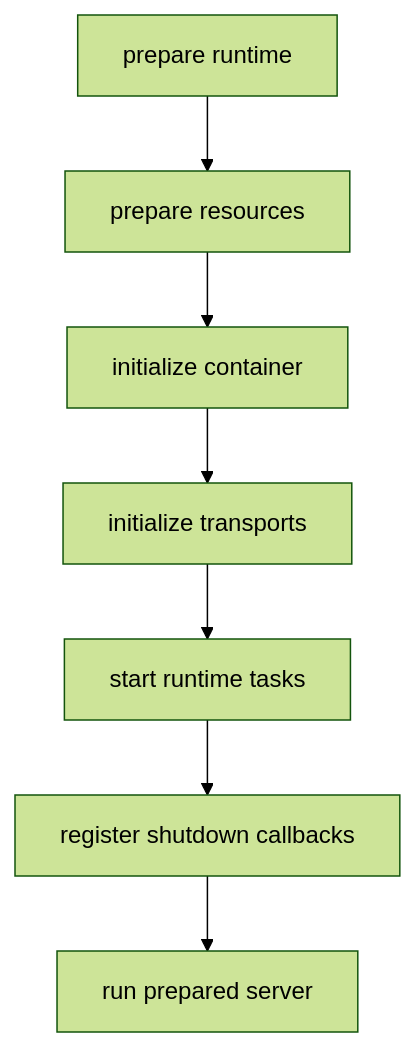
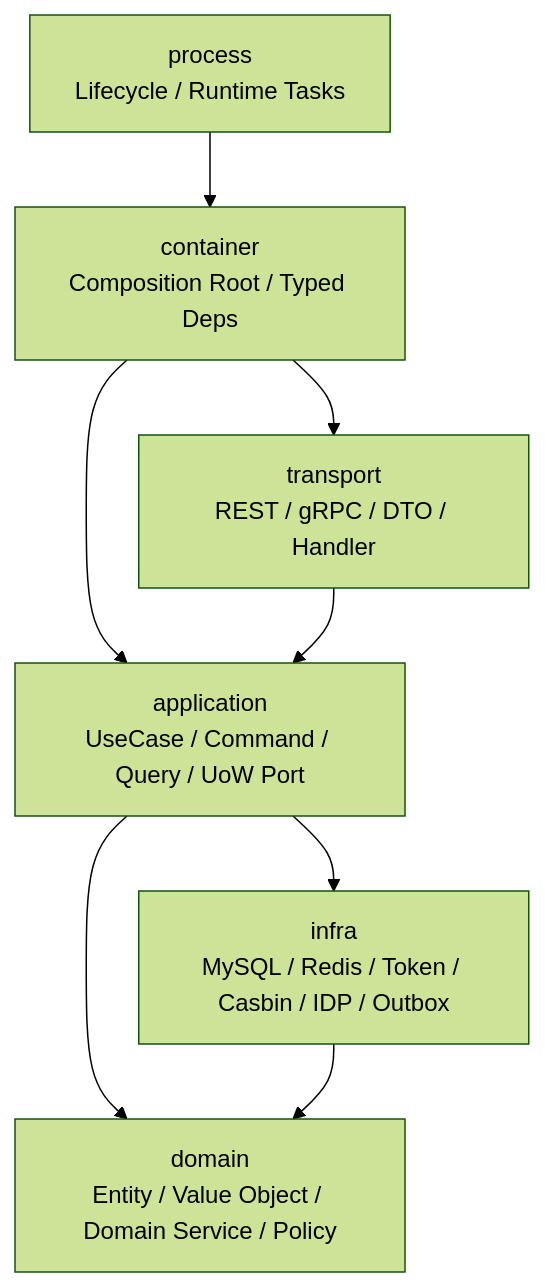
The third of 9 diagrams in docs/00-概览/01-系统架构总览.md (FangcunMount/iam), drawn with Mermaid (forest theme) before and after one commit. The commit also changed other lines of this file and 4 other files, not shown here.

````diff
--- a/docs/00-概览/01-系统架构总览.md
+++ b/docs/00-概览/01-系统架构总览.md
@@ -180,17 +228,17 @@
 ```mermaid
 flowchart TD
-    Runtime["prepare runtime"]
-    Resources["prepare resources"]
-    Container["initialize container"]
-    Transport["initialize transports"]
-    Tasks["start runtime tasks"]
-    Shutdown["register shutdown callbacks"]
-    Run["run prepared server"]
+    Process["process<br/>Lifecycle / Runtime Tasks"]
+    Container["container<br/>Composition Root / Typed Deps"]
+    Transport["transport<br/>REST / gRPC / DTO / Handler"]
+    Application["application<br/>UseCase / Command / Query / UoW Port"]
+    Domain["domain<br/>Entity / Value Object / Domain Service / Policy"]
+    Infra["infra<br/>MySQL / Redis / Token / Casbin / IDP / Outbox"]
 
-    Runtime --> Resources
-    Resources --> Container
+    Process --> Container
     Container --> Transport
-    Transport --> Tasks
-    Tasks --> Shutdown
-    Shutdown --> Run
+    Container --> Application
+    Transport --> Application
+    Application --> Domain
+    Application --> Infra
+    Infra --> Domain
 ```
````
